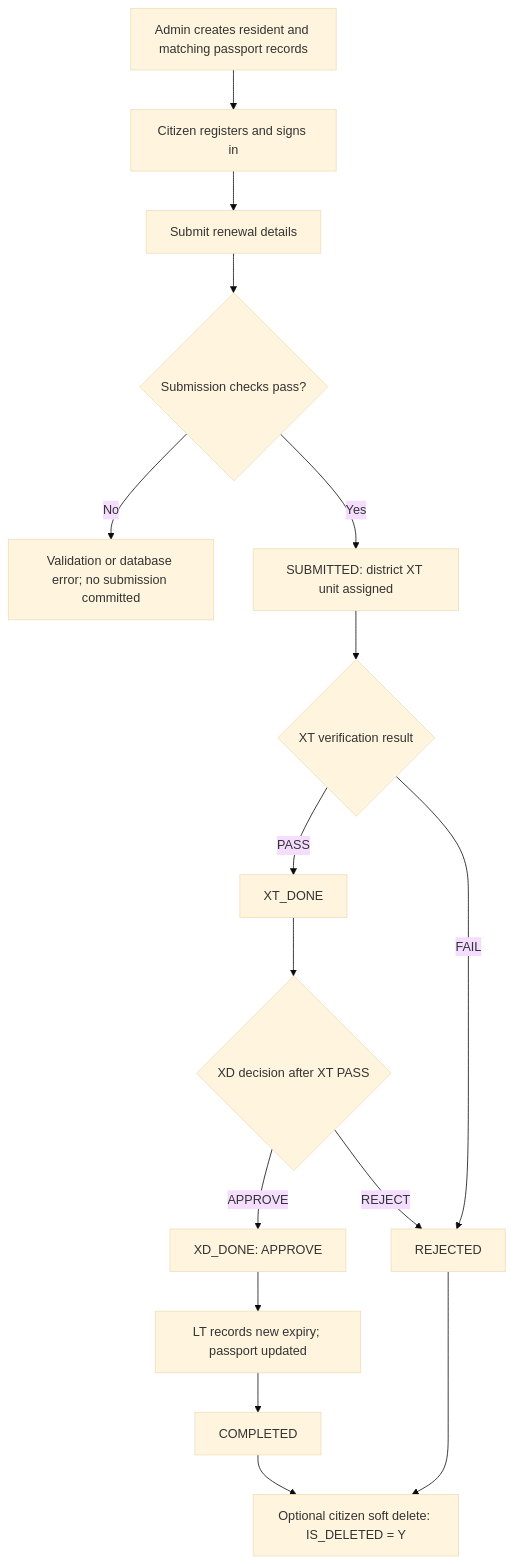
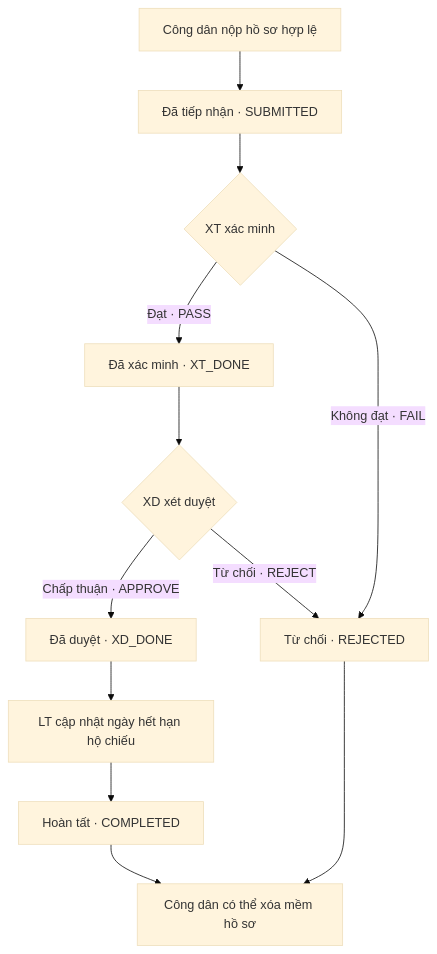
Before and after one commit to Tnthien204/passport-renewal-oracle-security: the diagram in README.md, drawn with Mermaid (base theme). The commit also changed other lines of this file, not shown here.

````diff
--- a/README.md
+++ b/README.md
@@ -74,30 +28,14 @@
 ```mermaid
 flowchart TD
-    A["Admin creates resident and matching passport records"]
-    B["Citizen registers and signs in"]
-    C["Submit renewal details"]
-    D{"Submission checks pass?"}
-    E["Validation or database error; no submission committed"]
-    S["SUBMITTED: district XT unit assigned"]
-    X{"XT verification result"}
-    V["XT_DONE"]
-    Y{"XD decision after XT PASS"}
-    P["XD_DONE: APPROVE"]
-    L["LT records new expiry; passport updated"]
-    F["COMPLETED"]
-    R["REJECTED"]
-    Z["Optional citizen soft delete: IS_DELETED = Y"]
-
-    A --> B --> C --> D
-    D -->|No| E
-    D -->|Yes| S
-    S --> X
-    X -->|PASS| V
-    X -->|FAIL| R
-    V --> Y
-    Y -->|APPROVE| P
-    Y -->|REJECT| R
-    P --> L --> F
-    F --> Z
-    R --> Z
+    A["Công dân nộp hồ sơ hợp lệ"] --> B["Đã tiếp nhận · SUBMITTED"]
+    B --> C{"XT xác minh"}
+    C -->|Đạt · PASS| D["Đã xác minh · XT_DONE"]
+    C -->|Không đạt · FAIL| R["Từ chối · REJECTED"]
+    D --> E{"XD xét duyệt"}
+    E -->|Chấp thuận · APPROVE| F["Đã duyệt · XD_DONE"]
+    E -->|Từ chối · REJECT| R
+    F --> G["LT cập nhật ngày hết hạn hộ chiếu"]
+    G --> H["Hoàn tất · COMPLETED"]
+    H --> I["Công dân có thể xóa mềm hồ sơ"]
+    R --> I
 ```
````
